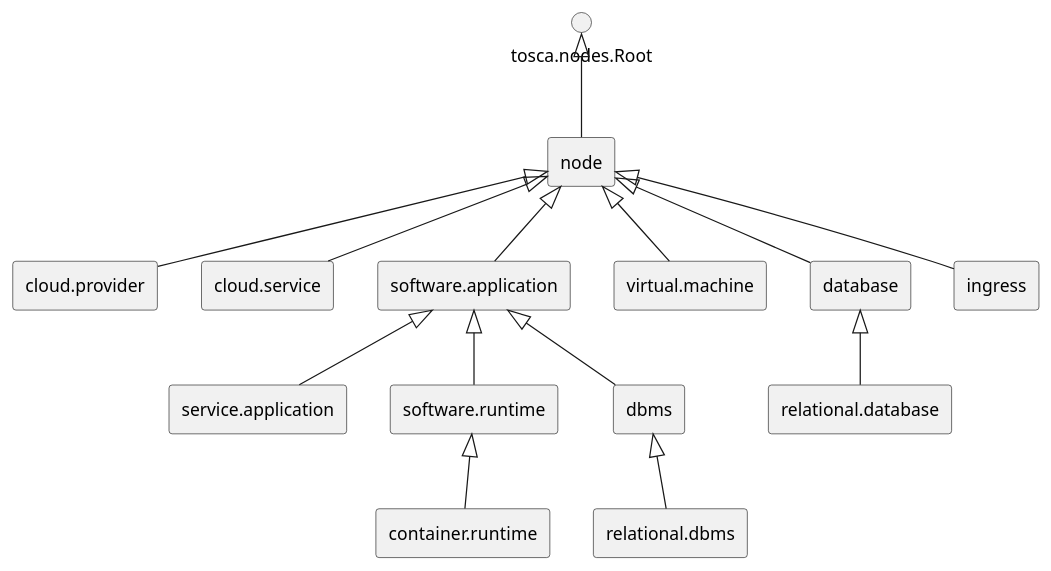
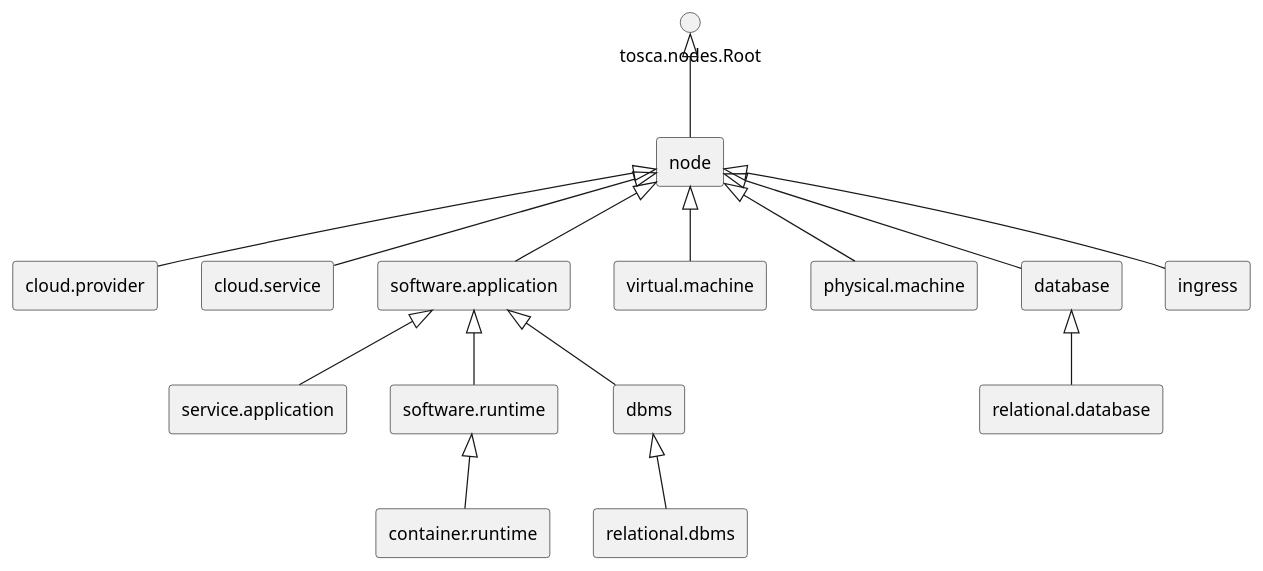
Before and after one commit to OpenTOSCA/opentosca-vintner: the diagram in docs/docs/normative/tosca-vintner-profile-core.node-types.puml, drawn with PlantUML. The commit also changed 423 other files, not shown here.

```diff
--- a/docs/docs/normative/tosca-vintner-profile-core.node-types.puml
+++ b/docs/docs/normative/tosca-vintner-profile-core.node-types.puml
@@ -1,58 +1,62 @@
 @startuml
 skinparam componentStyle rectangle
 
 
 rectangle "node"
 
 rectangle "cloud.provider"
 
 rectangle "cloud.service"
 
 rectangle "software.application"
 
 rectangle "service.application"
 
 rectangle "software.runtime"
 
 rectangle "container.runtime"
 
 rectangle "virtual.machine"
+
+rectangle "physical.machine"
 
 rectangle "database"
 
 rectangle "relational.database"
 
 rectangle "dbms"
 
 rectangle "relational.dbms"
 
 rectangle "ingress"
 
 
 "tosca.nodes.Root" <|-- "node"
 
 "node" <|-- "cloud.provider"
 
 "node" <|-- "cloud.service"
 
 "node" <|-- "software.application"
 
 "software.application" <|-- "service.application"
 
 "software.application" <|-- "software.runtime"
 
 "software.runtime" <|-- "container.runtime"
 
 "node" <|-- "virtual.machine"
 
+"node" <|-- "physical.machine"
+
 "node" <|-- "database"
 
 "database" <|-- "relational.database"
 
 "software.application" <|-- "dbms"
 
 "dbms" <|-- "relational.dbms"
 
 "node" <|-- "ingress"
 
 @enduml
```
